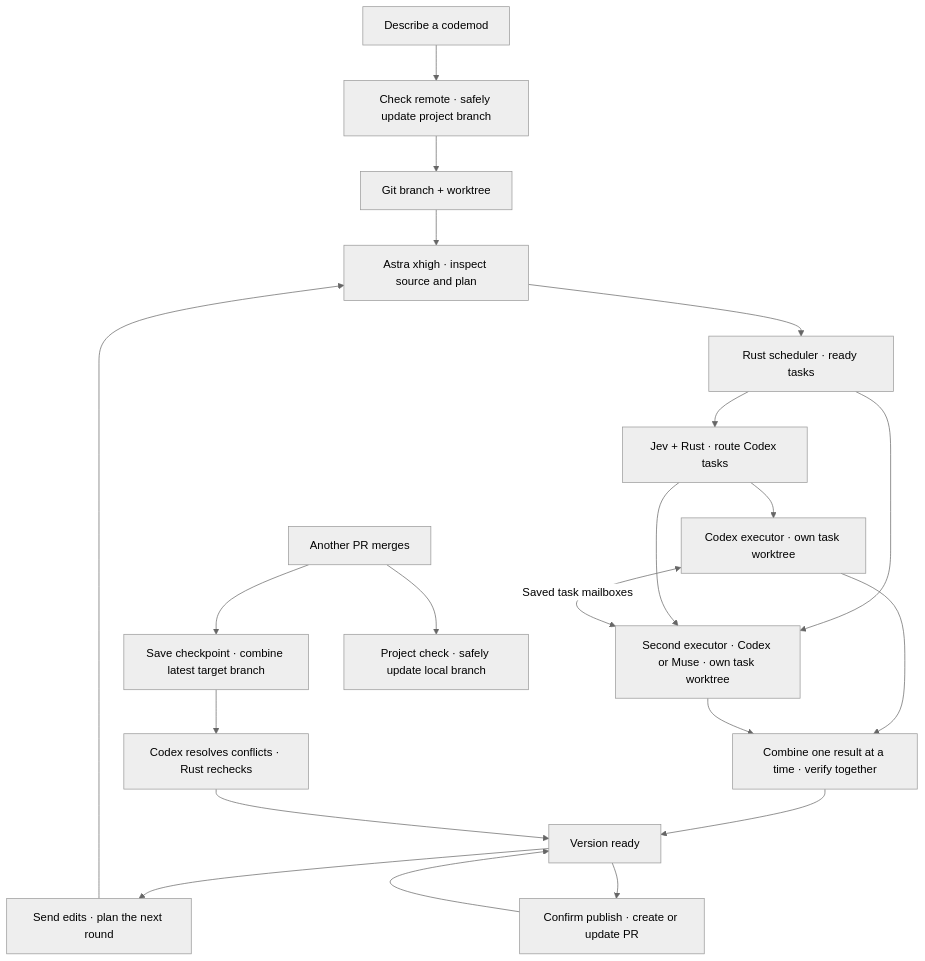
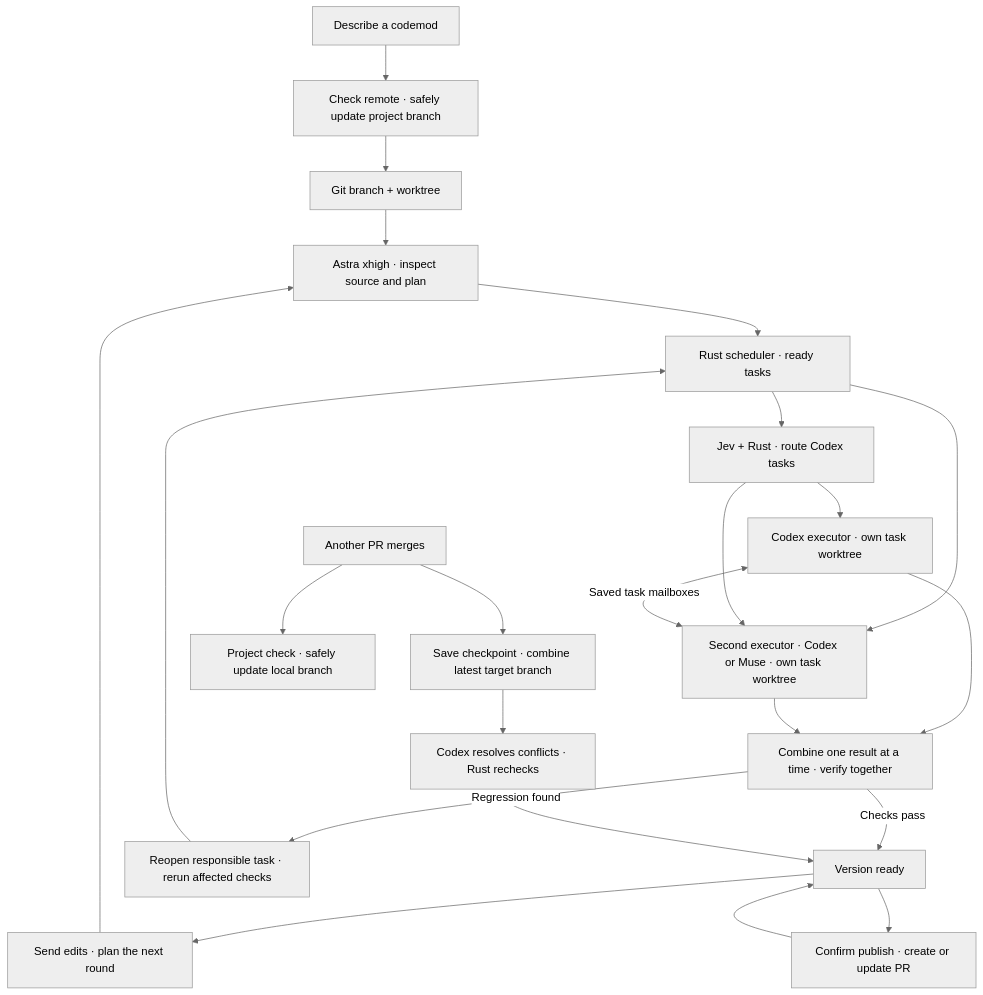
Before and after one commit to minimumeffort-dev/sprowt.harness: the diagram in README.md, drawn with Mermaid (neutral theme). The commit also changed other lines of this file and 14 other files, not shown here.

````diff
--- a/README.md
+++ b/README.md
@@ -36,23 +36,25 @@
 ```mermaid
 flowchart TB
     goal["Describe a codemod"] --> sync["Check remote · safely update project branch"]
     sync --> setup["Git branch + worktree"]
     setup --> planner["Astra xhigh · inspect source and plan"]
     planner --> schedule["Rust scheduler · ready tasks"]
     schedule --> route["Jev + Rust · route Codex tasks"]
     route --> first["Codex executor · own task worktree"]
     schedule --> second["Second executor · Codex or Muse · own task worktree"]
     route --> second
     first <-->|"Saved task mailboxes"| second
     first --> combine["Combine one result at a time · verify together"]
     second --> combine
-    combine --> ready["Version ready"]
+    combine -->|"Checks pass"| ready["Version ready"]
+    combine -->|"Regression found"| repair["Reopen responsible task · rerun affected checks"]
+    repair --> schedule
     ready --> edits["Send edits · plan the next round"]
     edits --> planner
     ready --> publish["Confirm publish · create or update PR"]
     publish --> ready
     upstream["Another PR merges"] --> update["Save checkpoint · combine latest target branch"]
     upstream --> local["Project check · safely update local branch"]
     update --> verify["Codex resolves conflicts · Rust rechecks"]
     verify --> ready
 ```
````
